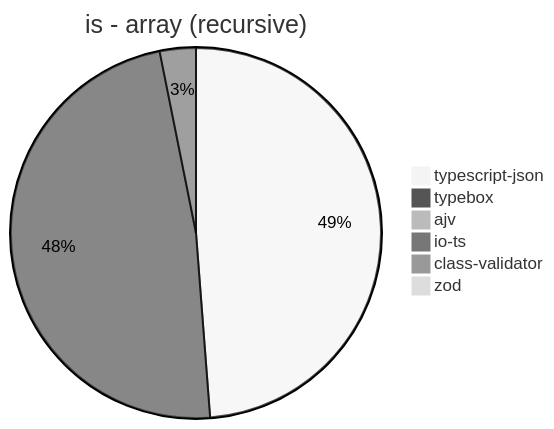
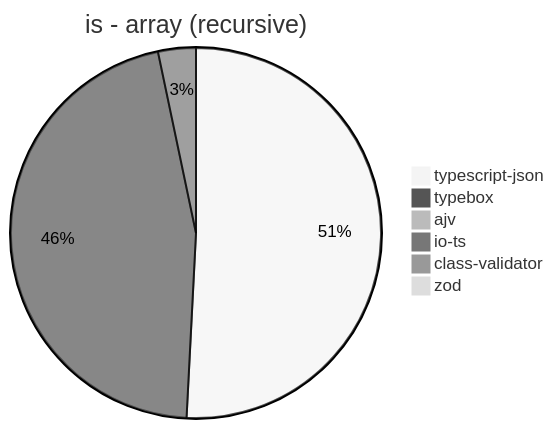
The fifth of 39 diagrams in benchmark/results/AMD Ryzen 9 5900HX with Radeon Graphics.md (samchon/typia), drawn with Mermaid (neutral theme) before and after one commit. The commit also changed other lines of this file and 3 other files, not shown here.

````diff
--- a/benchmark/results/AMD Ryzen 9 5900HX with Radeon Graphics.md
+++ b/benchmark/results/AMD Ryzen 9 5900HX with Radeon Graphics.md
@@ -65,9 +65,9 @@
 ```mermaid
 pie title is - array (recursive)
-  "typescript-json": 7894.076397859384
-  "typebox": 7778.453038674033
+  "typescript-json": 7841.00185528757
+  "typebox": 7081.461675579322
   "ajv": 0
-  "io-ts": 509.70245795601556
-  "class-validator": 3.7878787878787876
-  "zod": 9.375585974123382
+  "io-ts": 508.5253887952033
+  "class-validator": 3.779289493575208
+  "zod": 9.37031484257871
 ```
````
